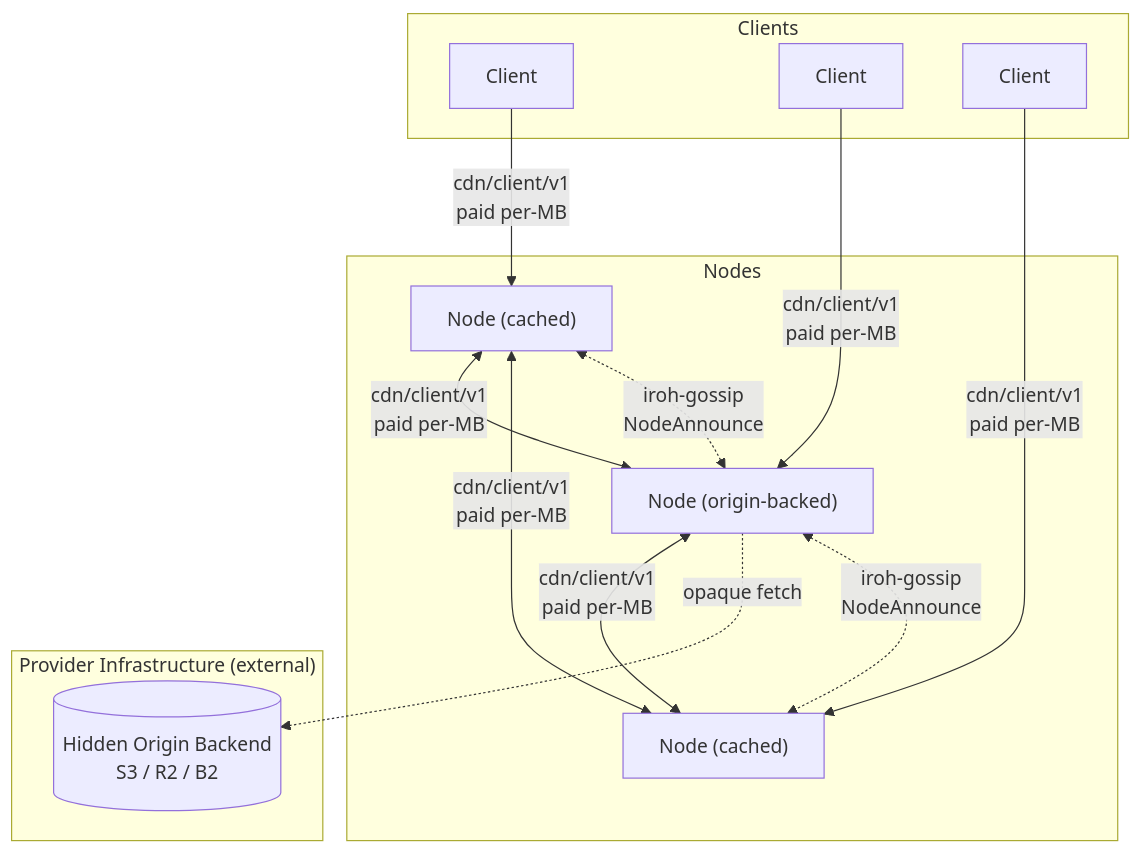
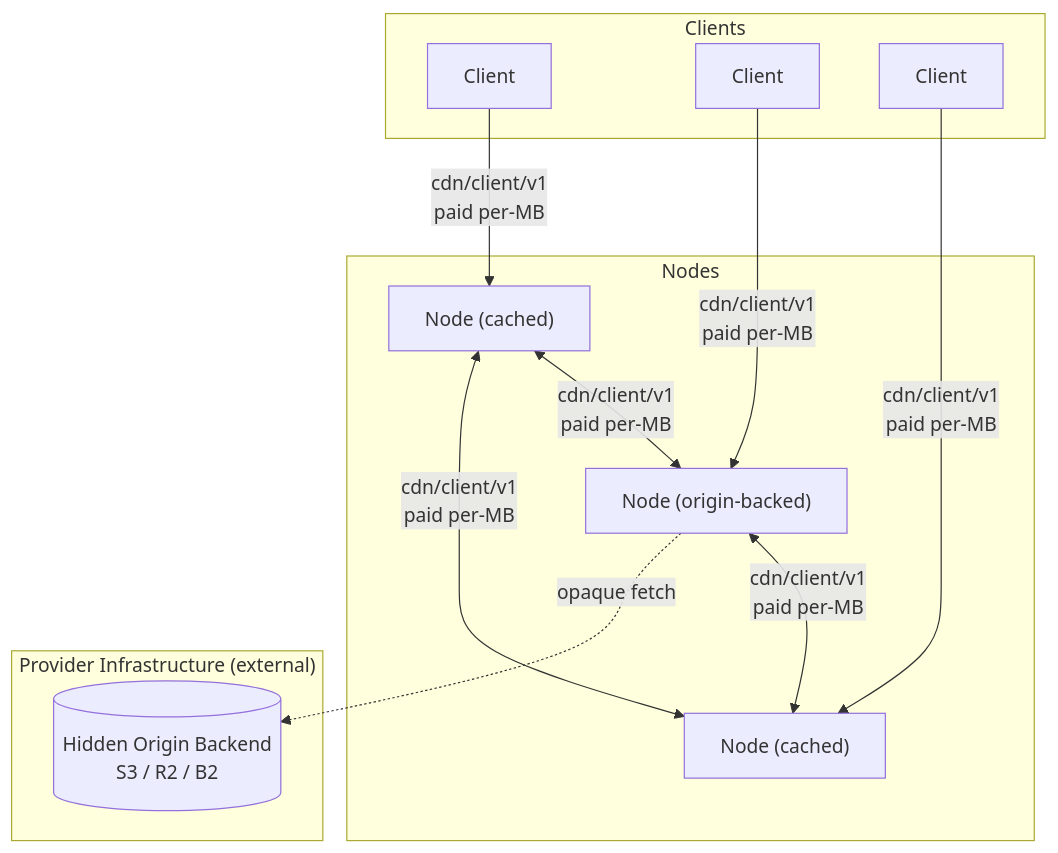
The diagram in adr/architecture.md (decdn/decdn), drawn with Mermaid before and after one commit. The commit also changed other lines of this file and 81 other files, not shown here.

First line of the commit message:
refactor: remove NodeAnnounce gossip, source node region from the registry (#1712)

````diff
--- a/adr/architecture.md
+++ b/adr/architecture.md
@@ -16,31 +16,28 @@
 ```mermaid
 graph TD
     subgraph Nodes
         N1["Node (cached)"]
         N2["Node (origin-backed)"]
         N3["Node (cached)"]
     end
 
     subgraph Clients
         C1[Client]
         C2[Client]
         C3[Client]
     end
 
     subgraph "Provider Infrastructure (external)"
         S3[("Hidden Origin Backend<br/>S3 / R2 / B2")]
     end
 
     N1 <-->|"cdn/client/v1<br/>paid per-MB"| N2
     N2 <-->|"cdn/client/v1<br/>paid per-MB"| N3
     N1 <-->|"cdn/client/v1<br/>paid per-MB"| N3
 
     C1 -->|"cdn/client/v1<br/>paid per-MB"| N1
     C2 -->|"cdn/client/v1<br/>paid per-MB"| N2
     C3 -->|"cdn/client/v1<br/>paid per-MB"| N3
 
     N2 -.->|opaque fetch| S3
-
-    N1 <-.->|"iroh-gossip<br/>NodeAnnounce"| N2
-    N2 <-.->|"iroh-gossip<br/>NodeAnnounce"| N3
 ```
````
